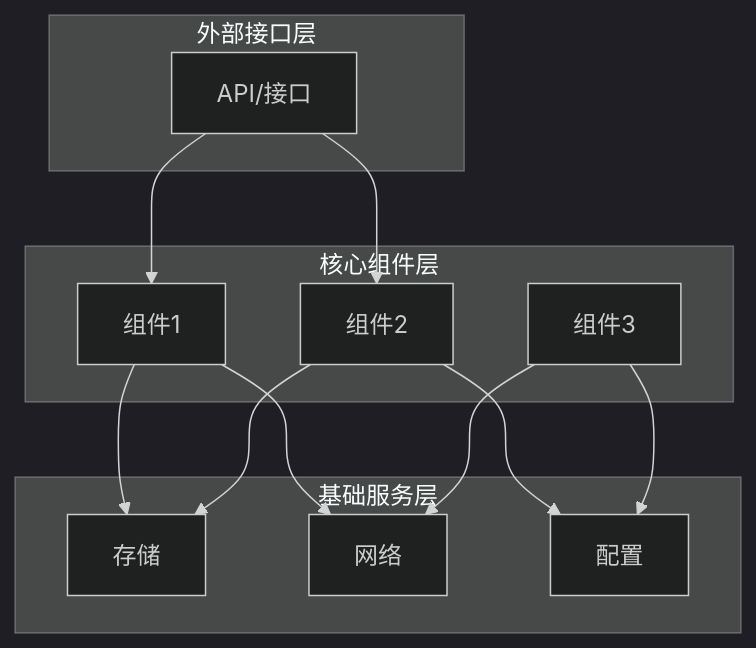
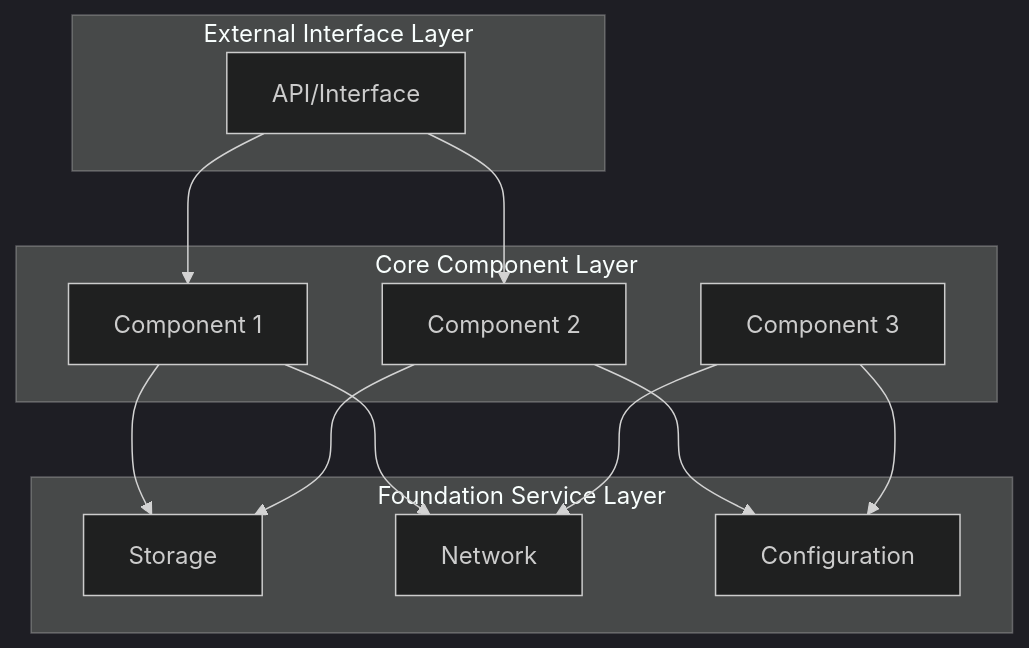
Before and after one commit to mjczz/project-analyzer: the eighth of 16 diagrams in TEMPLATE.md, drawn with Mermaid (dark theme). The commit also changed other lines of this file and 8 other files, not shown here.

````diff
--- a/TEMPLATE.md
+++ b/TEMPLATE.md
@@ -353,27 +353,27 @@
 ```mermaid
 graph TB
-    subgraph "外部接口层"
-        A[API/接口]
+    subgraph "External Interface Layer"
+        A[API/Interface]
     end
 
-    subgraph "核心组件层"
-        B[组件1]
-        C[组件2]
-        D[组件3]
+    subgraph "Core Component Layer"
+        B[Component 1]
+        C[Component 2]
+        D[Component 3]
     end
 
-    subgraph "基础服务层"
-        E[存储]
-        F[网络]
-        G[配置]
+    subgraph "Foundation Service Layer"
+        E[Storage]
+        F[Network]
+        G[Configuration]
     end
 
     A --> B
     A --> C
     B --> E
     B --> F
     C --> E
     C --> G
     D --> F
     D --> G
 ```
````
